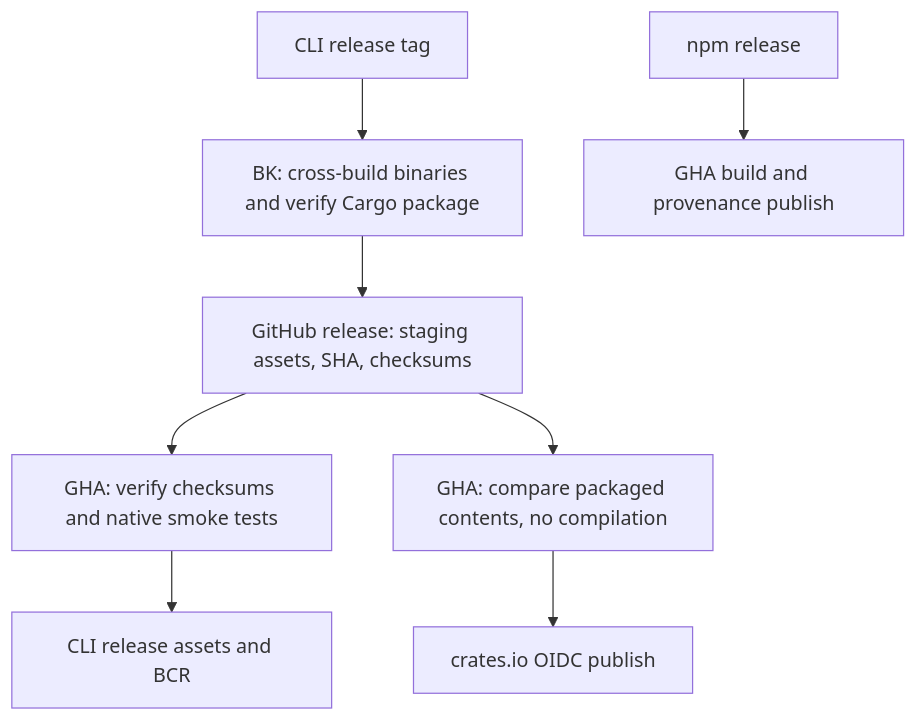
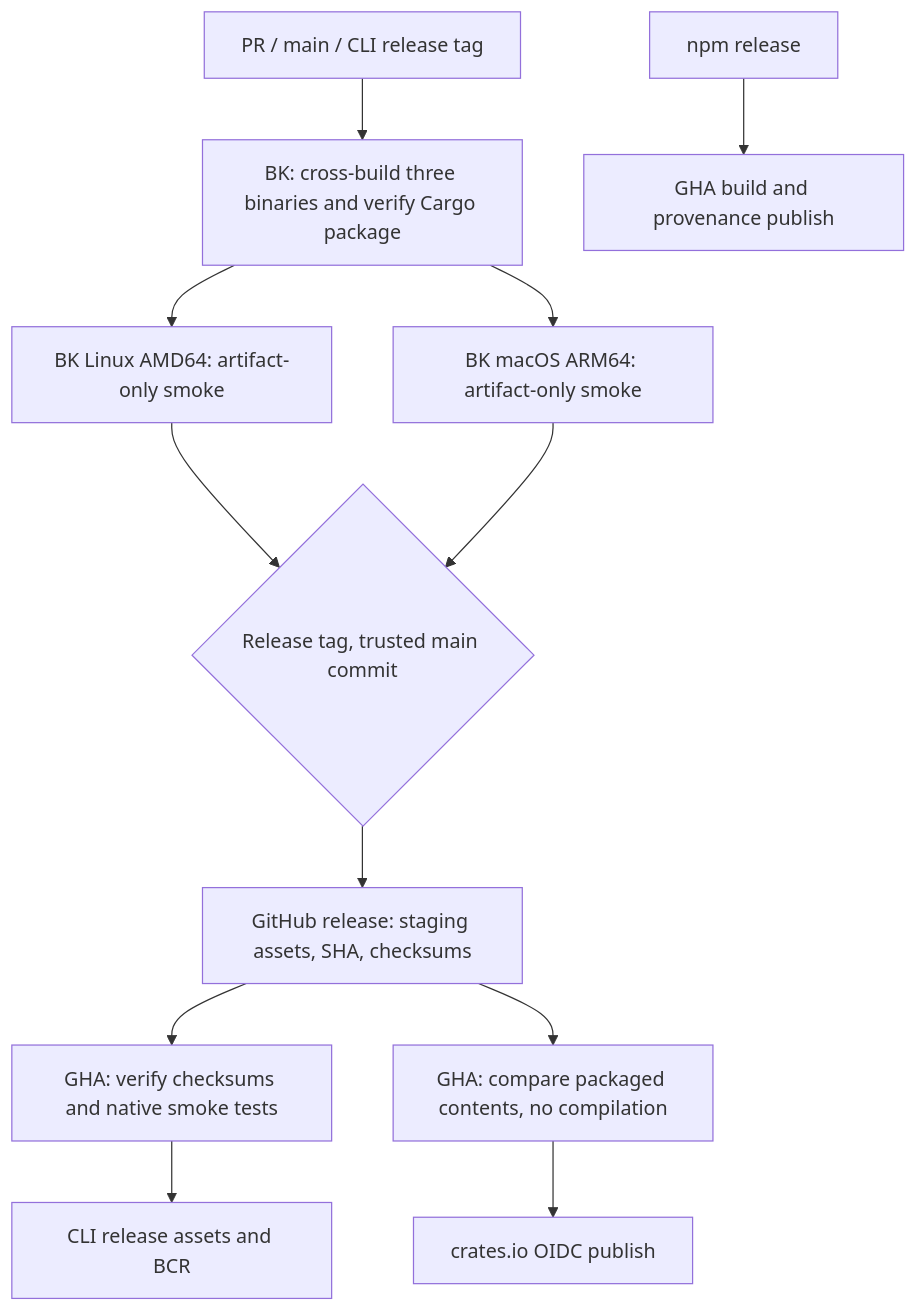
The second of 2 diagrams in .buildkite/README.md (perplexityai/codescythe), drawn with Mermaid before and after one commit. The commit also changed other lines of this file and 7 other files, not shown here.

Commit message:
ci: smoke cross-built artifacts and isolate caches

````diff
--- a/.buildkite/README.md
+++ b/.buildkite/README.md
@@ -37,10 +37,14 @@
 ```mermaid
 flowchart TD
-  Tag[CLI release tag] --> BK[BK: cross-build binaries and verify Cargo package]
-  BK --> Assets[GitHub release: staging assets, SHA, checksums]
+  Build[PR / main / CLI release tag] --> BK[BK: cross-build three binaries and verify Cargo package]
+  BK --> Linux[BK Linux AMD64: artifact-only smoke]
+  BK --> Mac[BK macOS ARM64: artifact-only smoke]
+  Linux --> Gate{Release tag, trusted main commit}
+  Mac --> Gate
+  Gate --> Assets[GitHub release: staging assets, SHA, checksums]
   Assets --> CLI[GHA: verify checksums and native smoke tests]
   CLI --> Release[CLI release assets and BCR]
   Assets --> Crate[GHA: compare packaged contents, no compilation]
   Crate --> Publish[crates.io OIDC publish]
   NPM[npm release] --> GHBuild[GHA build and provenance publish]
 ```
````
